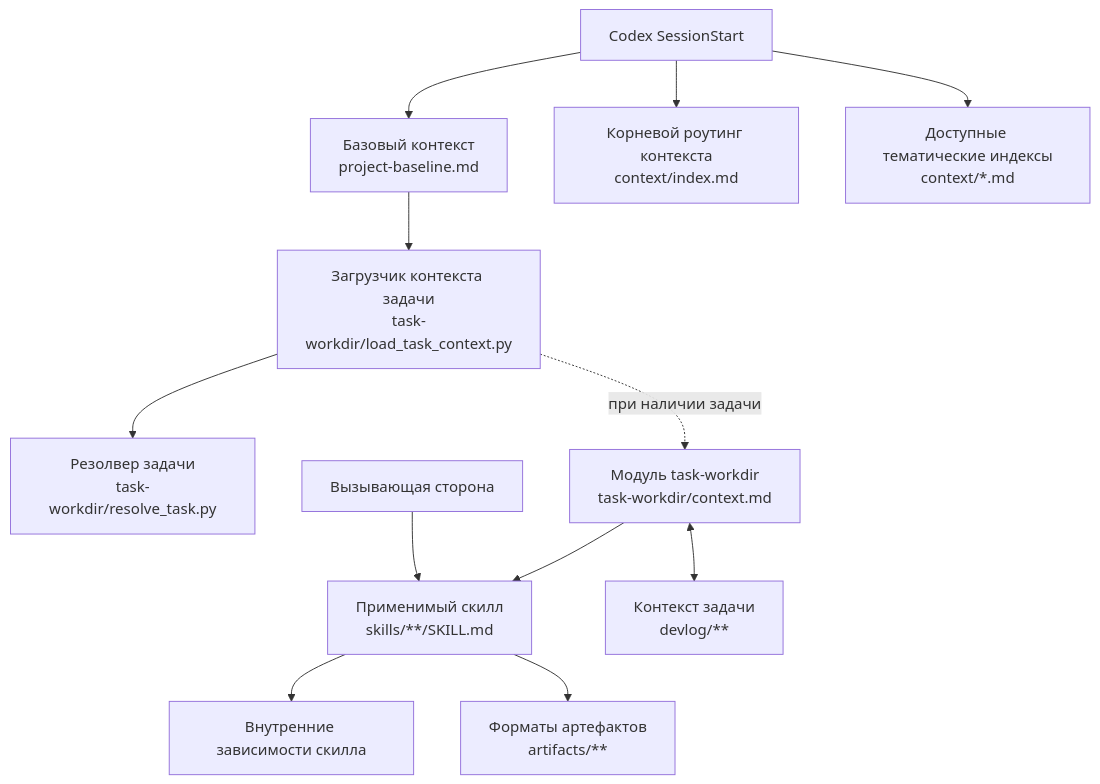
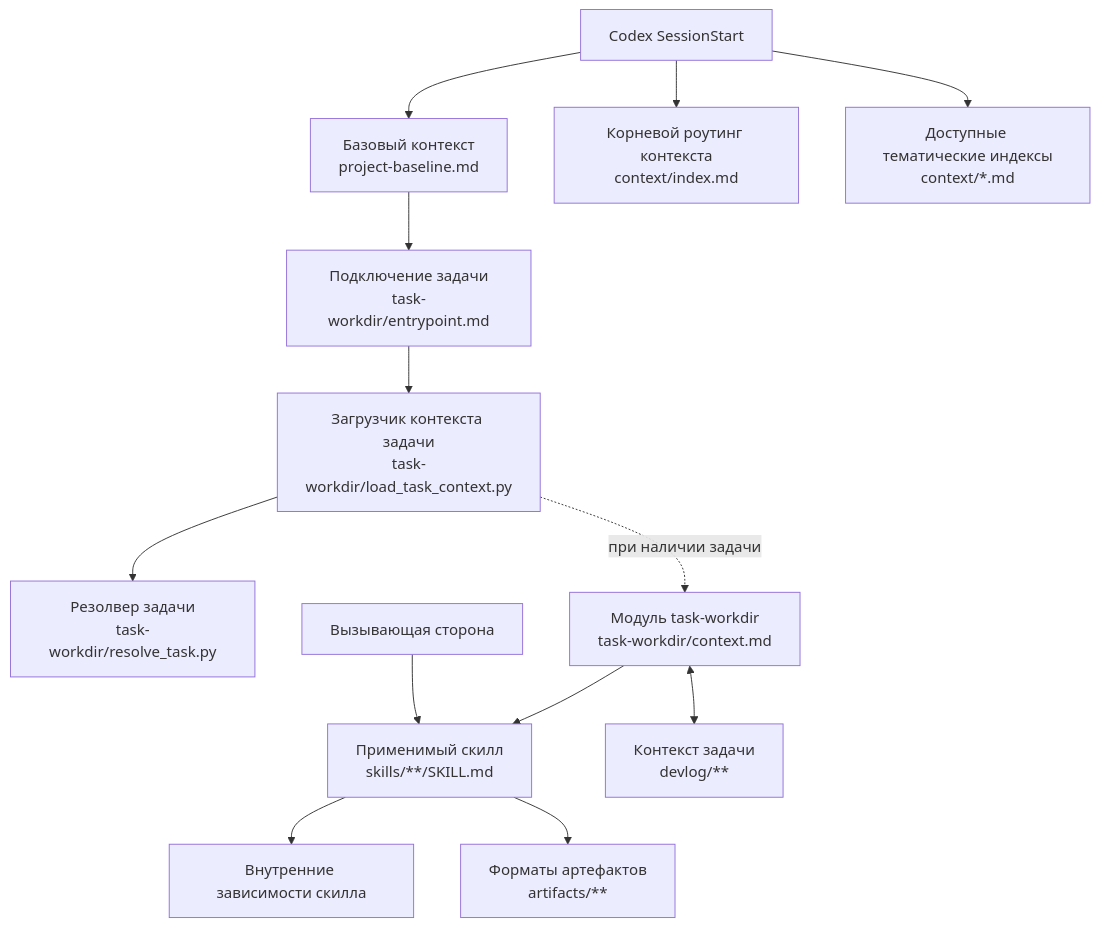
One commit to ergonomic-code/dot-agents changed the diagram in README.md. Above: the diagram before and after it, drawn with Mermaid. The commit also changed other lines of this file and 12 other files, not shown here.

````diff
--- a/README.md
+++ b/README.md
@@ -110,14 +113,15 @@
 ```mermaid
 flowchart TD
     SessionStart[Codex SessionStart] --> Baseline[Базовый контекст<br/>project-baseline.md]
     SessionStart --> Context[Корневой роутинг контекста<br/>context/index.md]
     SessionStart -->  ContextIndexes[Доступные тематические индексы<br/>context/*.md]
-    Baseline --> TaskLoader[Загрузчик контекста задачи<br/>task-workdir/load_task_context.py]
+    Baseline --> TaskEntry[Подключение задачи<br/>task-workdir/entrypoint.md]
+    TaskEntry --> TaskLoader[Загрузчик контекста задачи<br/>task-workdir/load_task_context.py]
     TaskLoader --> TaskResolver[Резолвер задачи<br/>task-workdir/resolve_task.py]
     TaskLoader -. при наличии задачи .-> TaskModule[Модуль task-workdir<br/>task-workdir/context.md]
     TaskModule --> Skill[Применимый скилл<br/>skills/**/SKILL.md]
     Caller[Вызывающая сторона] --> Skill
     Skill --> Intrinsic[Внутренние зависимости скилла]
     Skill --> Artifacts[Форматы артефактов<br/>artifacts/**]
     TaskModule <--> Task[Контекст задачи<br/>devlog/**]
 ```
````
